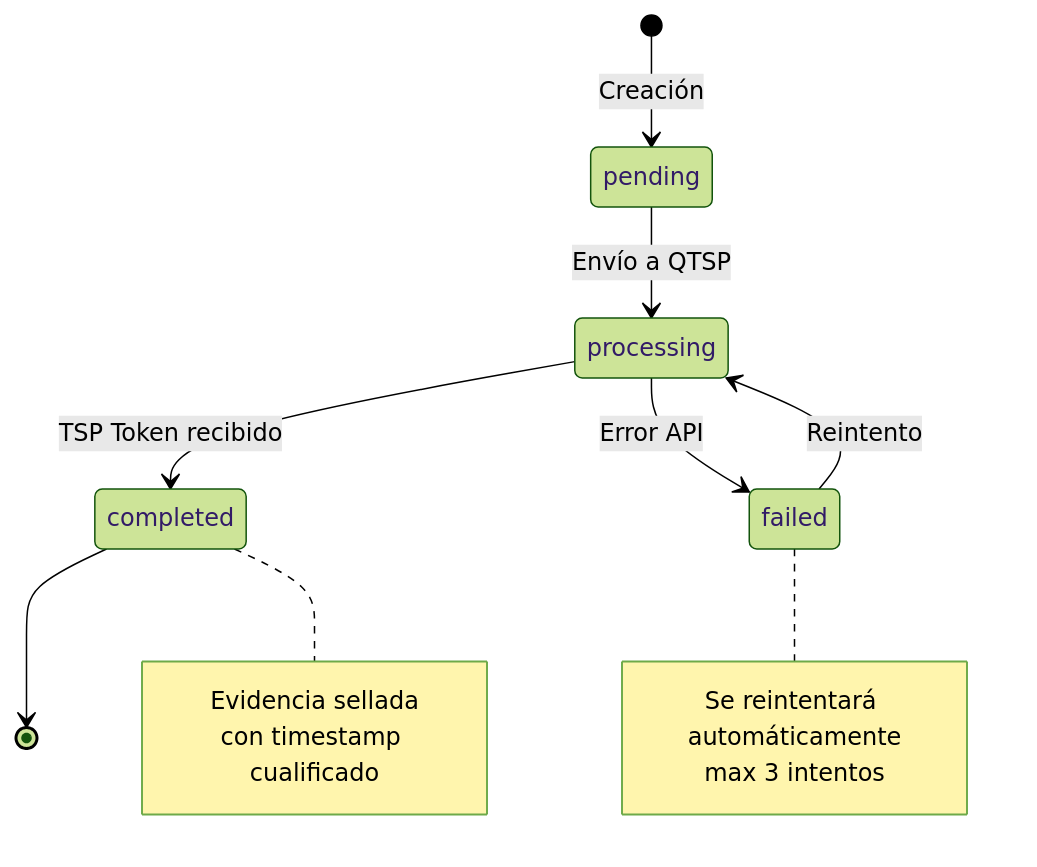
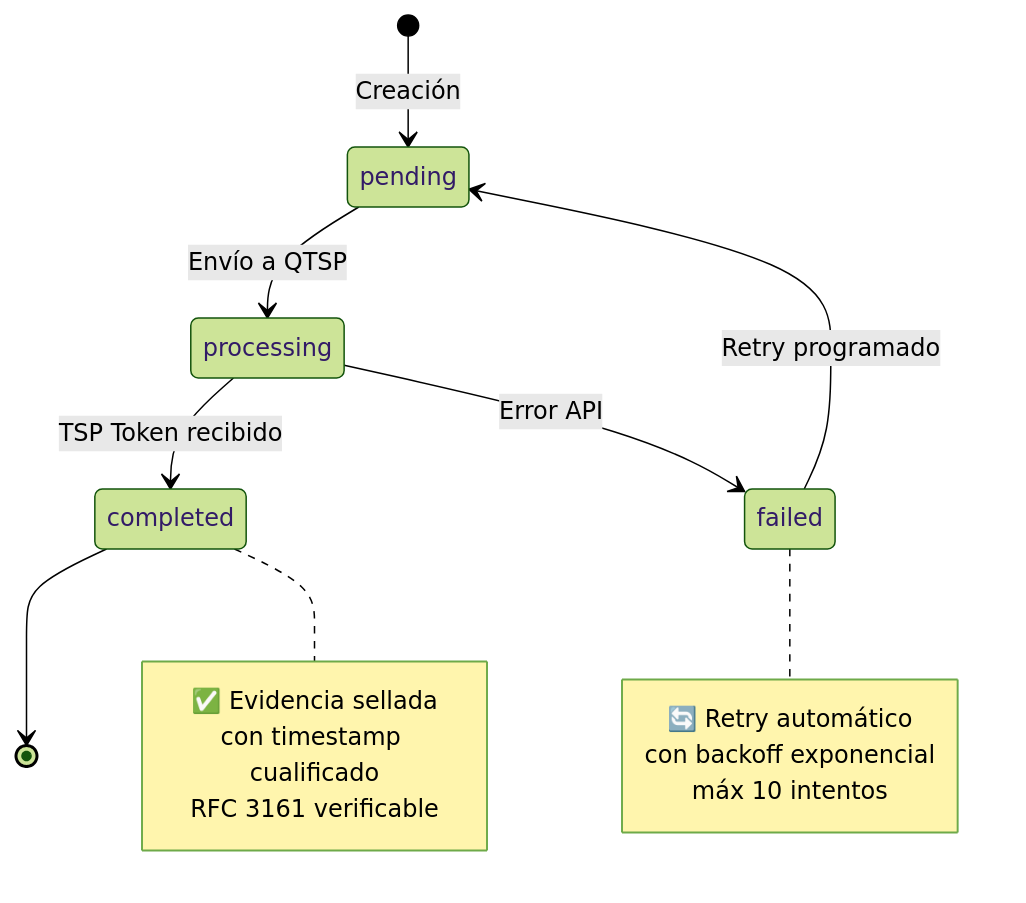
One commit to moimene/time-control-hub changed diagram 12 of 23 in README.md. Above: the diagram before and after it, drawn with Mermaid (forest theme). The commit also changed other lines of this file, not shown here.

````diff
--- a/README.md
+++ b/README.md
@@ -698,19 +595,21 @@
 ```mermaid
 stateDiagram-v2
     [*] --> pending: Creación
     pending --> processing: Envío a QTSP
     processing --> completed: TSP Token recibido
     processing --> failed: Error API
-    failed --> processing: Reintento
+    failed --> pending: Retry programado
     completed --> [*]
     
     note right of completed
-        Evidencia sellada
+        ✅ Evidencia sellada
         con timestamp cualificado
+        RFC 3161 verificable
     end note
     
     note right of failed
-        Se reintentará automáticamente
-        max 3 intentos
+        🔄 Retry automático
+        con backoff exponencial
+        máx 10 intentos
     end note
 ```
````
